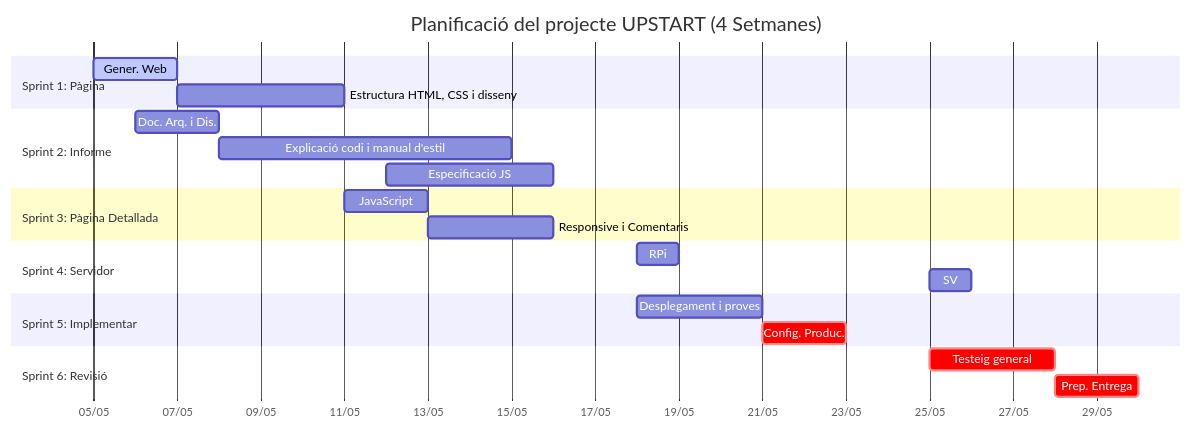
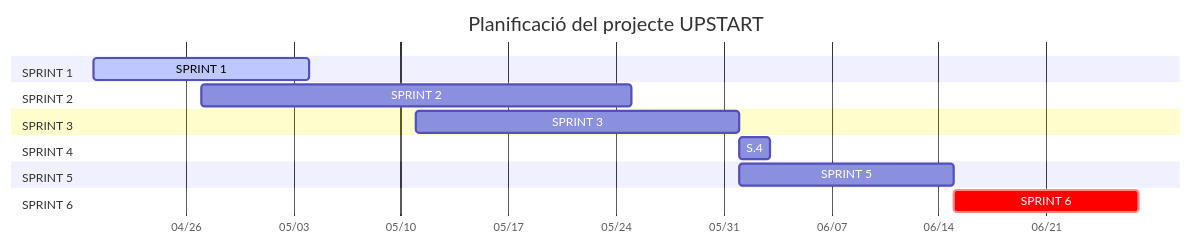
Before and after one commit to Sukhdeep777/upstart: the diagram in README.md, drawn with Mermaid. The commit also changed 2 other files, not shown here.

Commit message:
Refactor project structure: update Gantt chart in README, enhance index.html layout, and add style.css for basic styling

````diff
--- a/README.md
+++ b/README.md
@@ -2,31 +2,25 @@
 ```mermaid
 gantt
-    title Planificació del projecte UPSTART (4 Setmanes)
+    title Planificació del projecte UPSTART
     dateFormat  YYYY-MM-DD
-    axisFormat  %d/%m
+    axisFormat  %m/%d
+    tickInterval 1week
 
-    section Sprint 1: Pàgina
-    Gener. Web :active, s1t1, 2026-05-05, 2d
-    Estructura HTML, CSS i disseny     :s1t2, after s1t1, 4d
+    section SPRINT 1
+    SPRINT 1 :active, s1, 2026-04-20, 14d
 
-    section Sprint 2: Informe
-    Doc. Arq. i Dis.  :s2t1, 2026-05-06, 2d
-    Explicació codi i manual d'estil   :s2t2, 2026-05-08, 7d
-    Especificació JS                   :s2t3, 2026-05-12, 4d
+    section SPRINT 2 
+    SPRINT 2 :s2, 2026-04-27, 28d
 
-    section Sprint 3: Pàgina Detallada
-    JavaScript      :s3t1, 2026-05-11, 2d
-    Responsive i Comentaris            :s3t2, 2026-05-13, 3d
+    section SPRINT 3 
+    SPRINT 3 :s3, 2026-05-11, 21d
 
-    section Sprint 4: Servidor
-    RPi           :s4t1, 2026-05-18, 1d
-    SV               :s4t2, 2026-05-25, 1d
+    section SPRINT 4 
+    S.4 :s4_p1, 2026-06-01, 2d
 
-    section Sprint 5: Implementar
-    Desplegament i proves         :s5t1, 2026-05-18, 3d
-    Config. Produc.             :crit, s5t2, 2026-05-21, 2d
+    section SPRINT 5 
+    SPRINT 5 :s5, 2026-06-01, 14d
 
-    section Sprint 6: Revisió
-    Testeig general             :crit, s6t1, 2026-05-25, 3d
-    Prep. Entrega                 :crit, s6t2, 2026-05-28, 2d
+    section SPRINT 6
+    SPRINT 6 :crit, s6, 2026-06-15, 12d
 ```
````
